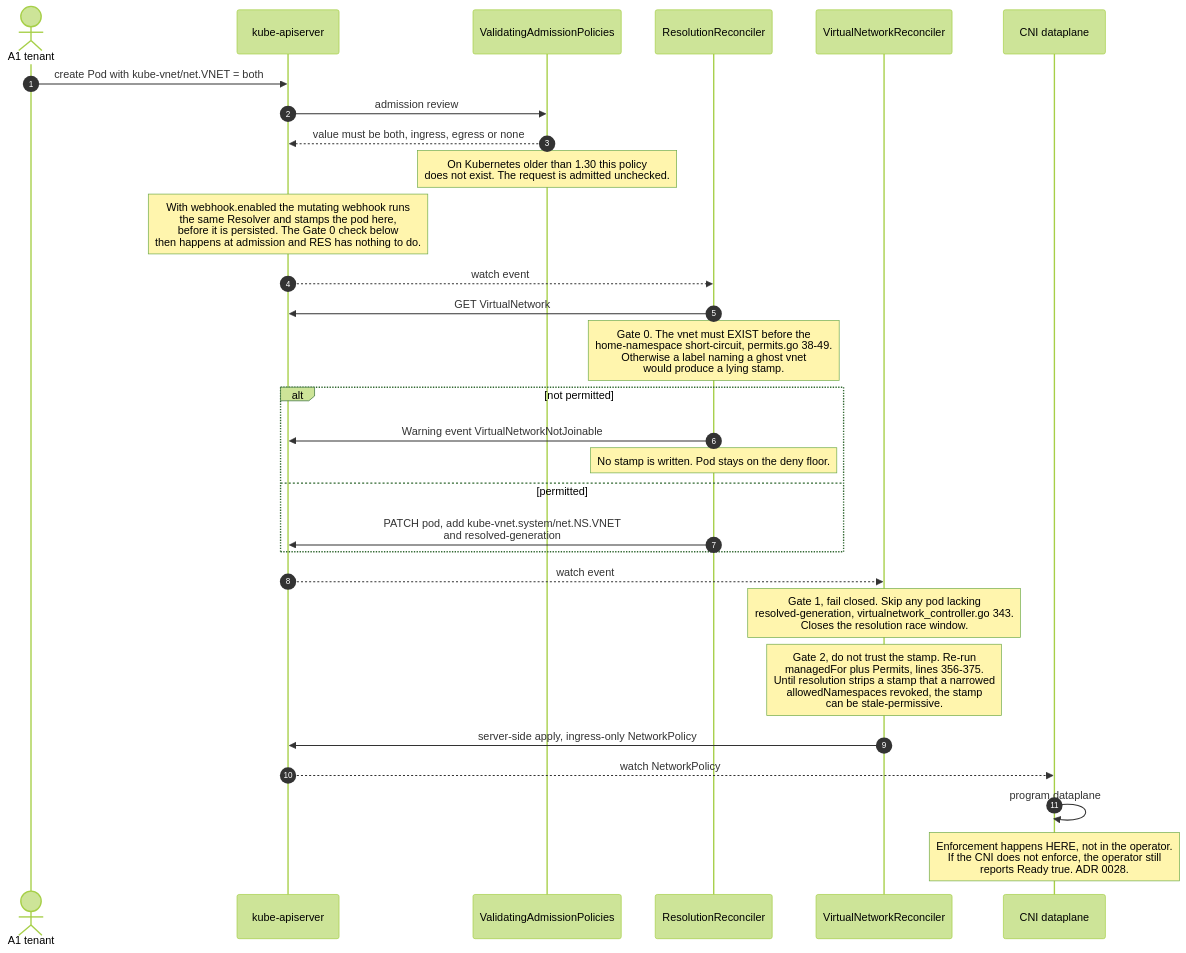
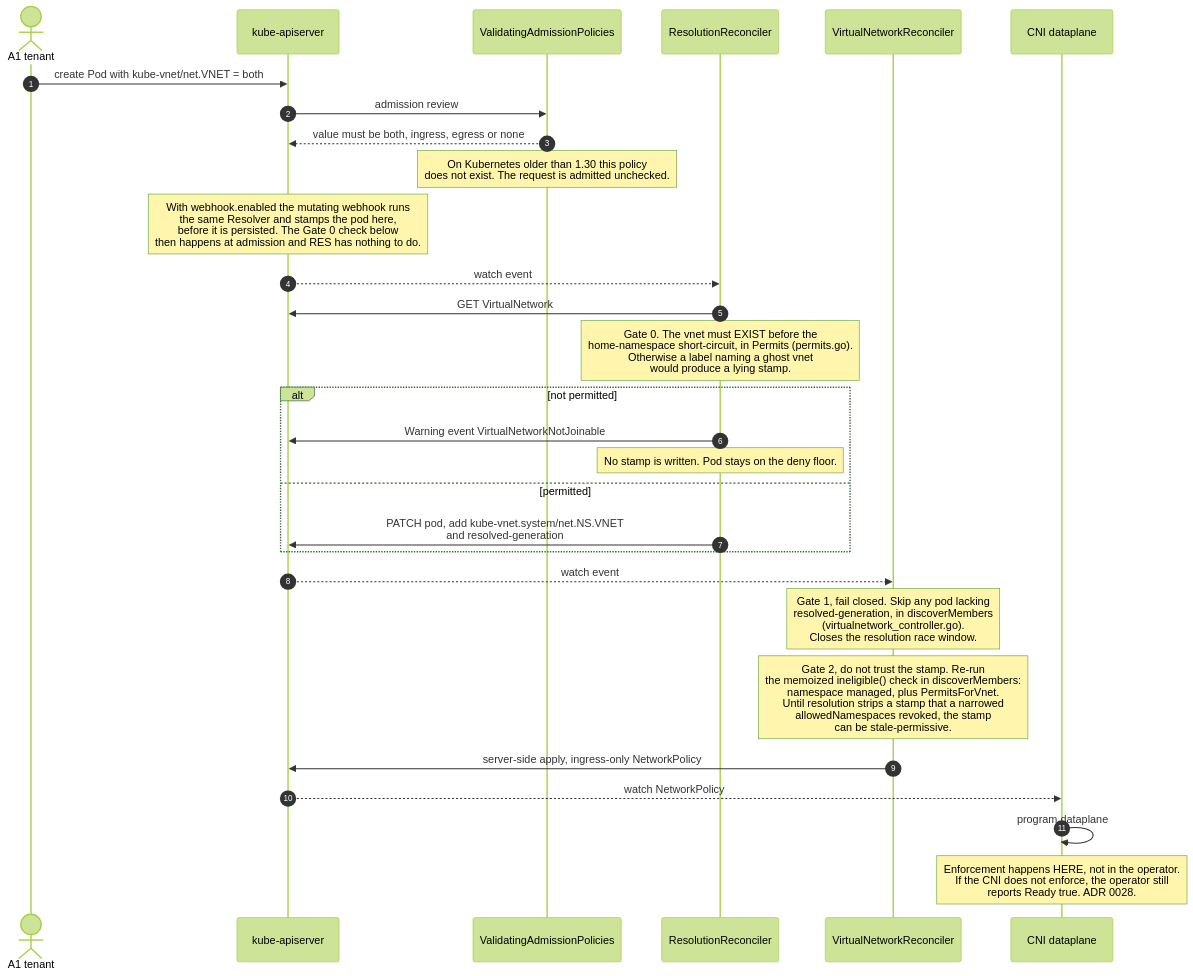
Before and after one commit to lhns/kube-vnet: the second of 2 diagrams in docs/security/threat-model.md, drawn with Mermaid (forest theme). The commit also changed other lines of this file and 7 other files, not shown here.

````diff
--- a/docs/security/threat-model.md
+++ b/docs/security/threat-model.md
@@ -131,35 +131,35 @@
 ```mermaid
 sequenceDiagram
     autonumber
     actor T as A1 tenant
     participant API as kube-apiserver
     participant VAP as ValidatingAdmissionPolicies
     participant RES as ResolutionReconciler
     participant GEN as VirtualNetworkReconciler
     participant CNI as CNI dataplane
 
     T->>API: create Pod with kube-vnet/net.VNET = both
     API->>VAP: admission review
     VAP-->>API: value must be both, ingress, egress or none
     Note over VAP: On Kubernetes older than 1.30 this policy<br/>does not exist. The request is admitted unchecked.
     Note over API: With webhook.enabled the mutating webhook runs<br/>the same Resolver and stamps the pod here,<br/>before it is persisted. The Gate 0 check below<br/>then happens at admission and RES has nothing to do.
 
     API-->>RES: watch event
     RES->>API: GET VirtualNetwork
-    Note over RES: Gate 0. The vnet must EXIST before the<br/>home-namespace short-circuit, permits.go 38-49.<br/>Otherwise a label naming a ghost vnet<br/>would produce a lying stamp.
+    Note over RES: Gate 0. The vnet must EXIST before the<br/>home-namespace short-circuit, in Permits (permits.go).<br/>Otherwise a label naming a ghost vnet<br/>would produce a lying stamp.
     alt not permitted
         RES->>API: Warning event VirtualNetworkNotJoinable
         Note over RES: No stamp is written. Pod stays on the deny floor.
     else permitted
         RES->>API: PATCH pod, add kube-vnet.system/net.NS.VNET<br/>and resolved-generation
     end
 
     API-->>GEN: watch event
-    Note over GEN: Gate 1, fail closed. Skip any pod lacking<br/>resolved-generation, virtualnetwork_controller.go 343.<br/>Closes the resolution race window.
-    Note over GEN: Gate 2, do not trust the stamp. Re-run<br/>managedFor plus Permits, lines 356-375.<br/>Until resolution strips a stamp that a narrowed<br/>allowedNamespaces revoked, the stamp<br/>can be stale-permissive.
+    Note over GEN: Gate 1, fail closed. Skip any pod lacking<br/>resolved-generation, in discoverMembers<br/>(virtualnetwork_controller.go).<br/>Closes the resolution race window.
+    Note over GEN: Gate 2, do not trust the stamp. Re-run<br/>the memoized ineligible() check in discoverMembers:<br/>namespace managed, plus PermitsForVnet.<br/>Until resolution strips a stamp that a narrowed<br/>allowedNamespaces revoked, the stamp<br/>can be stale-permissive.
     GEN->>API: server-side apply, ingress-only NetworkPolicy
 
     API-->>CNI: watch NetworkPolicy
     CNI->>CNI: program dataplane
     Note over CNI: Enforcement happens HERE, not in the operator.<br/>If the CNI does not enforce, the operator still<br/>reports Ready true. ADR 0028.
 ```
````
